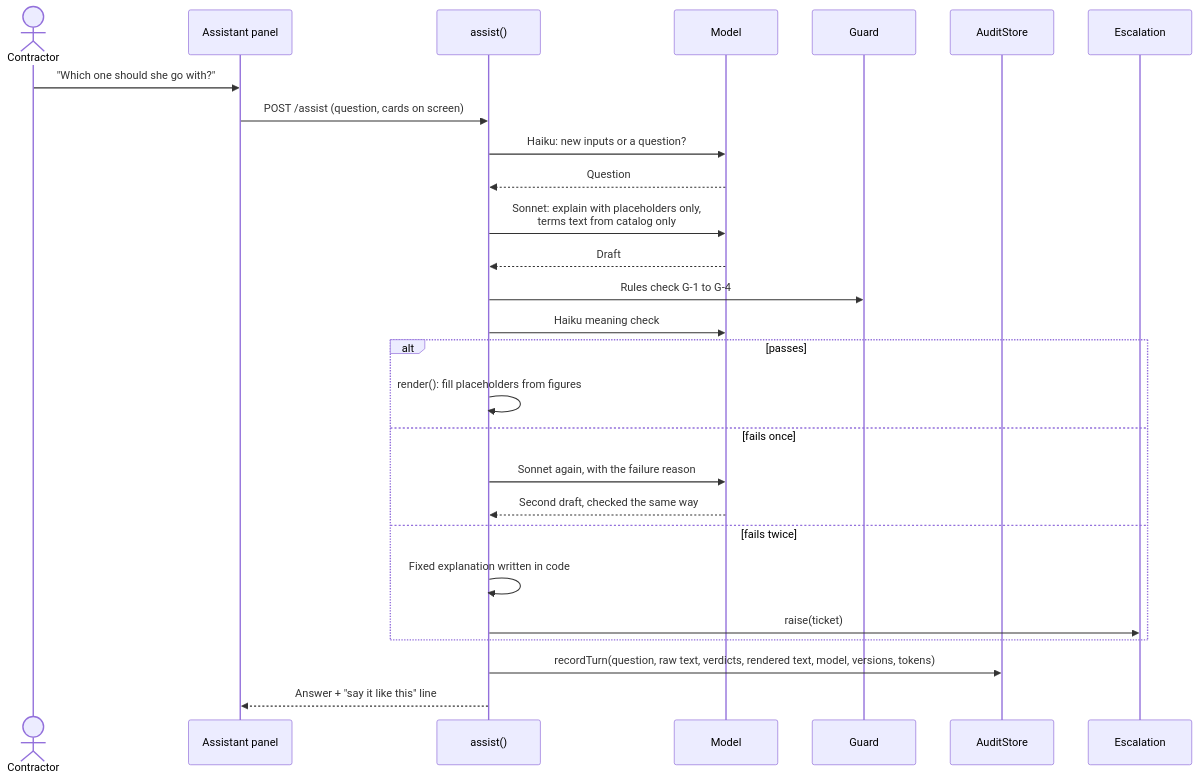
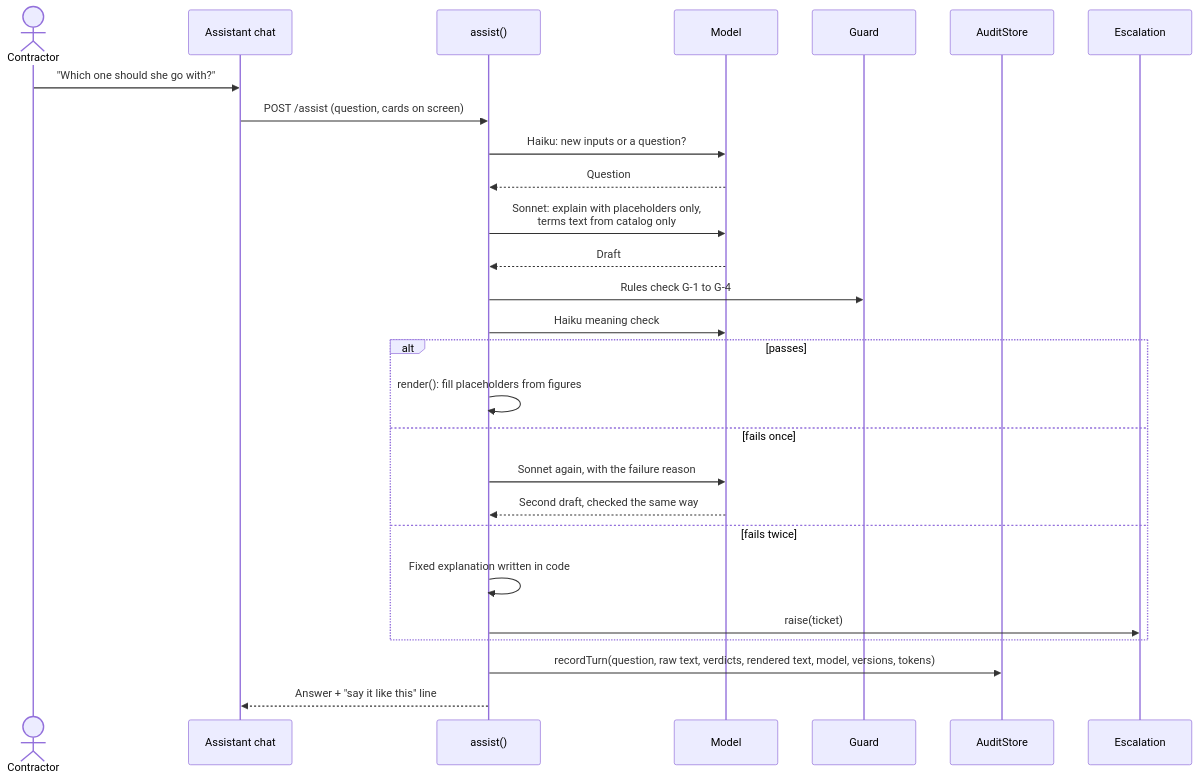
One commit to debudash/loanapp-contractorassist changed the fifth of 6 diagrams in docs/architecture.md. Above: the diagram before and after it, drawn with Mermaid. The commit also changed other lines of this file and 6 other files, not shown here.

````diff
--- a/docs/architecture.md
+++ b/docs/architecture.md
@@ -237,30 +241,30 @@
 ```mermaid
 sequenceDiagram
   actor C as Contractor
-  participant UI as Assistant panel
+  participant UI as Assistant chat
   participant S as assist()
   participant M as Model
   participant G as Guard
   participant AL as AuditStore
   participant E as Escalation
 
   C->>UI: "Which one should she go with?"
   UI->>S: POST /assist (question, cards on screen)
   S->>M: Haiku: new inputs or a question?
   M-->>S: Question
   S->>M: Sonnet: explain with placeholders only,<br/>terms text from catalog only
   M-->>S: Draft
   S->>G: Rules check G-1 to G-4
   S->>M: Haiku meaning check
   alt passes
     S->>S: render(): fill placeholders from figures
   else fails once
     S->>M: Sonnet again, with the failure reason
     M-->>S: Second draft, checked the same way
   else fails twice
     S->>S: Fixed explanation written in code
     S->>E: raise(ticket)
   end
   S->>AL: recordTurn(question, raw text, verdicts, rendered text, model, versions, tokens)
   S-->>UI: Answer + "say it like this" line
 ```
````
